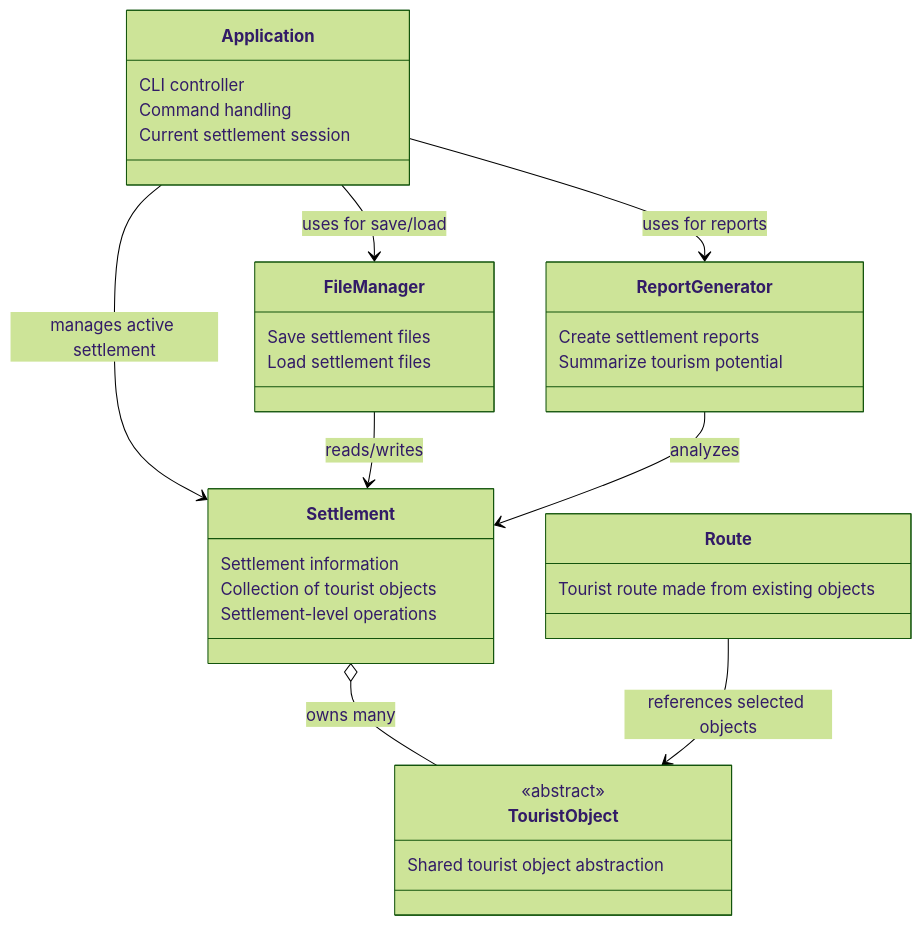
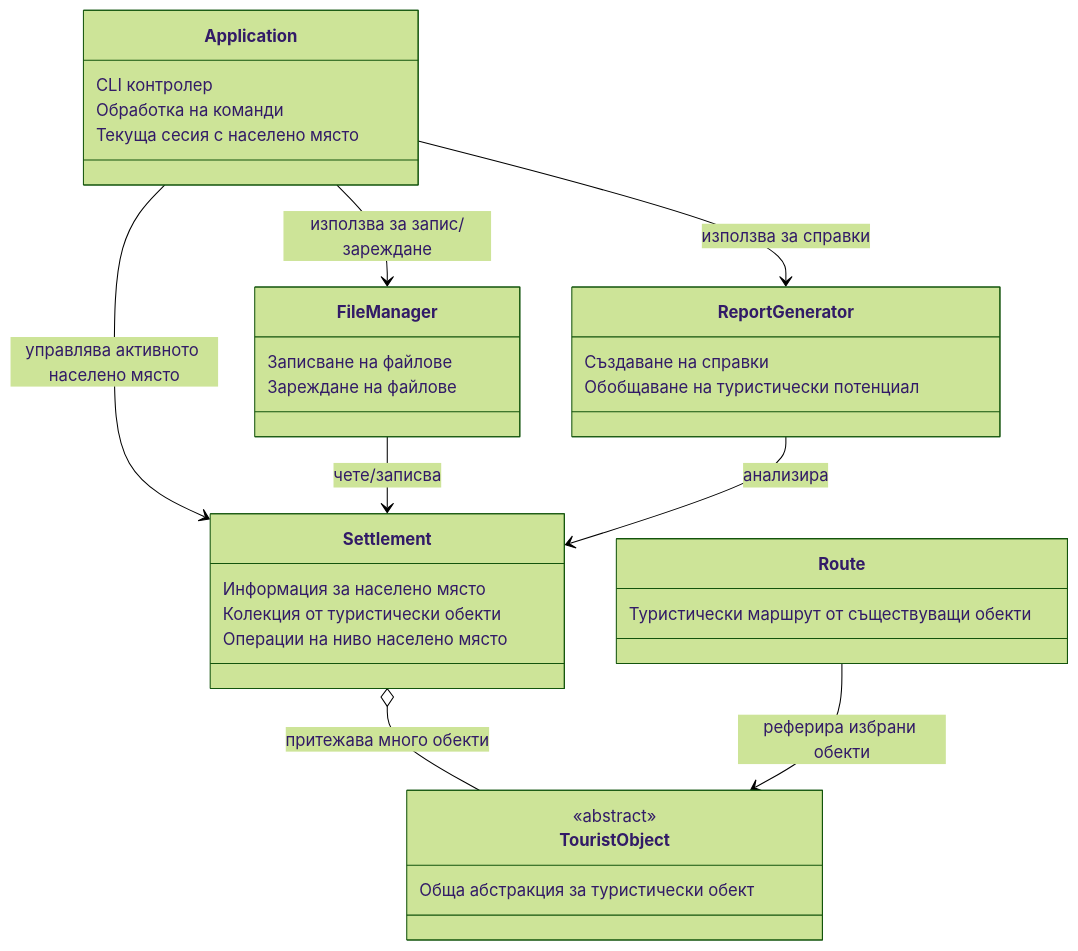
The third of 5 diagrams in docs/villagemap_architecture.md (D3GG/VillageMap), drawn with Mermaid (forest theme) before and after one commit. The commit also changed other lines of this file and 2 other files, not shown here.

````diff
--- a/docs/villagemap_architecture.md
+++ b/docs/villagemap_architecture.md
@@ -205,41 +207,41 @@
 ```mermaid
 classDiagram
     class Application {
-        CLI controller
-        Command handling
-        Current settlement session
+        CLI контролер
+        Обработка на команди
+        Текуща сесия с населено място
     }
 
     class Settlement {
-        Settlement information
-        Collection of tourist objects
-        Settlement-level operations
+        Информация за населено място
+        Колекция от туристически обекти
+        Операции на ниво населено място
     }
 
     class TouristObject {
         <<abstract>>
-        Shared tourist object abstraction
+        Обща абстракция за туристически обект
     }
 
     class FileManager {
-        Save settlement files
-        Load settlement files
+        Записване на файлове
+        Зареждане на файлове
     }
 
     class ReportGenerator {
-        Create settlement reports
-        Summarize tourism potential
+        Създаване на справки
+        Обобщаване на туристически потенциал
     }
 
     class Route {
-        Tourist route made from existing objects
+        Туристически маршрут от съществуващи обекти
     }
 
-    Application --> Settlement : manages active settlement
-    Application --> FileManager : uses for save/load
-    Application --> ReportGenerator : uses for reports
-    Settlement o-- TouristObject : owns many
-    Route --> TouristObject : references selected objects
-    FileManager --> Settlement : reads/writes
-    ReportGenerator --> Settlement : analyzes
+    Application --> Settlement : управлява активното населено място
+    Application --> FileManager : използва за запис/зареждане
+    Application --> ReportGenerator : използва за справки
+    Settlement o-- TouristObject : притежава много обекти
+    Route --> TouristObject : реферира избрани обекти
+    FileManager --> Settlement : чете/записва
+    ReportGenerator --> Settlement : анализира
 ```
````
